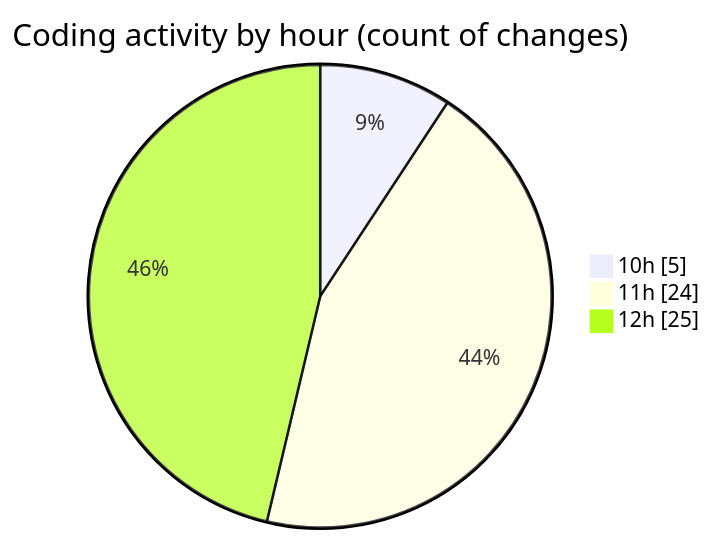
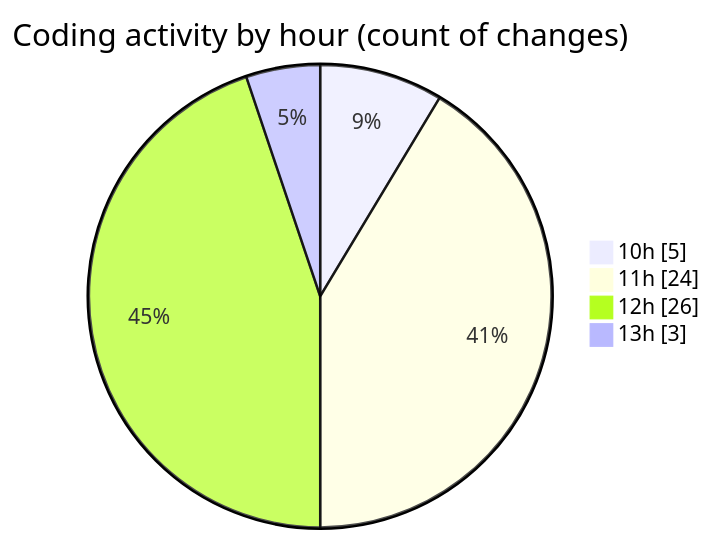
The second of 2 diagrams in 2025-06-21/nxtqube_webapp/README.md (nxtqubesakshisongat/code-tracking), drawn with Mermaid before and after one commit. The commit also changed other lines of this file and 1 other file, not shown here.

````diff
--- a/2025-06-21/nxtqube_webapp/README.md
+++ b/2025-06-21/nxtqube_webapp/README.md
@@ -32,7 +32,8 @@
 ```mermaid
 pie showData
 title Coding activity by hour (count of changes)
 "10h" : 5
 "11h" : 24
-"12h" : 25
+"12h" : 26
+"13h" : 3
 ```
````
